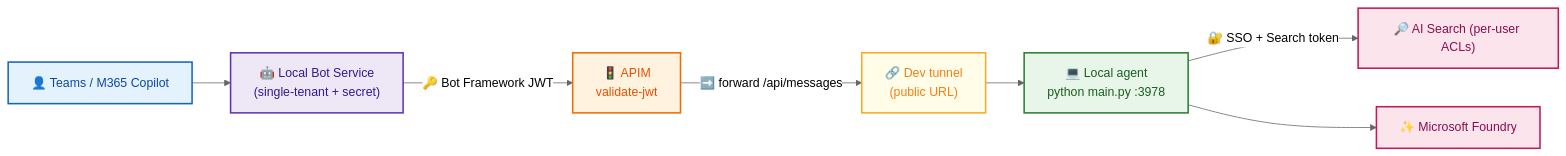
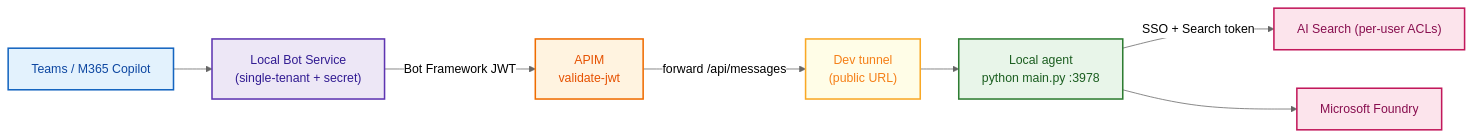
Before and after one commit to Azure-Samples/bring-your-own-agent-to-m365-accelerator: the second of 3 diagrams in README.md, drawn with Mermaid (neutral theme). The commit also changed other lines of this file, not shown here.

Commit message:
docs(readme): black borders on sequence diagram + separate Teams app id step

````diff
--- a/README.md
+++ b/README.md
@@ -201,23 +213,23 @@
 ```mermaid
 flowchart LR
-    User["👤 Teams / M365 Copilot"] --> Bot["🤖 Local Bot Service<br/>(single-tenant + secret)"]
-    Bot -->|"🔑 Bot Framework JWT"| APIM["🚦 APIM<br/>validate-jwt"]
-    APIM -->|"➡️ forward /api/messages"| Tunnel["🔗 Dev tunnel<br/>(public URL)"]
-    Tunnel --> Local["💻 Local agent<br/>python main.py :3978"]
-    Local -->|"🔐 SSO + Search token"| Search["🔎 AI Search (per-user ACLs)"]
-    Local --> Foundry["✨ Microsoft Foundry"]
+    User["Teams / M365 Copilot"] --> Bot["Local Bot Service<br/>(single-tenant + secret)"]
+    Bot -->|"Bot Framework JWT"| APIM["APIM<br/>validate-jwt"]
+    APIM -->|"forward /api/messages"| Tunnel["Dev tunnel<br/>(public URL)"]
+    Tunnel --> Local["Local agent<br/>python main.py :3978"]
+    Local -->|"SSO + Search token"| Search["AI Search (per-user ACLs)"]
+    Local --> Foundry["Microsoft Foundry"]
 
     classDef client fill:#E3F2FD,stroke:#1565C0,stroke-width:2px,color:#0D47A1;
     classDef bot fill:#EDE7F6,stroke:#5E35B1,stroke-width:2px,color:#311B92;
     classDef gateway fill:#FFF3E0,stroke:#EF6C00,stroke-width:2px,color:#E65100;
     classDef tunnel fill:#FFFDE7,stroke:#F9A825,stroke-width:2px,color:#F57F17;
     classDef app fill:#E8F5E9,stroke:#2E7D32,stroke-width:2px,color:#1B5E20;
     classDef ai fill:#FCE4EC,stroke:#C2185B,stroke-width:2px,color:#880E4F;
 
     class User client;
     class Bot bot;
     class APIM gateway;
     class Tunnel tunnel;
     class Local app;
     class Search,Foundry ai;
 ```
````
